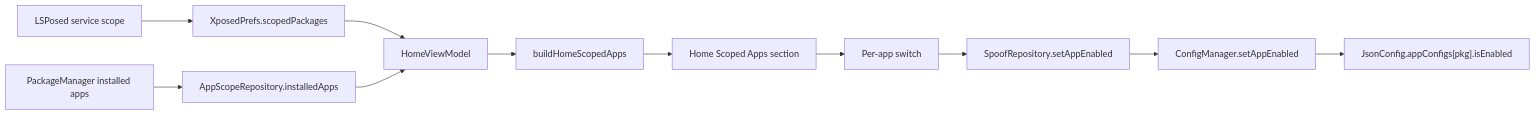
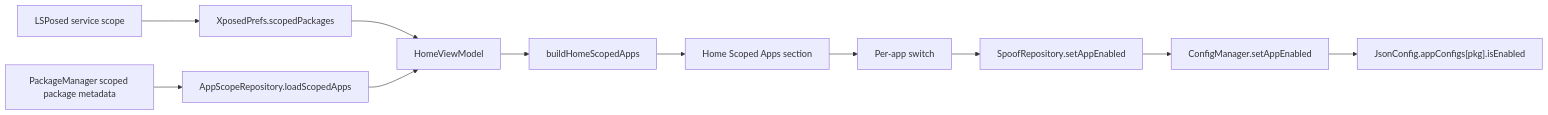
The fourth of 7 diagrams in docs/public/ARCHITECTURE.md (mohdakil2426/Device-Masker), drawn with Mermaid before and after one commit. The commit also changed other lines of this file and 16 other files, not shown here.

First line of the commit message:
docs: record performance cleanup architecture

````diff
--- a/docs/public/ARCHITECTURE.md
+++ b/docs/public/ARCHITECTURE.md
@@ -146,13 +146,13 @@
 ```mermaid
 flowchart LR
     LSPosed["LSPosed service scope"] --> XPrefs["XposedPrefs.scopedPackages"]
-    PackageManager["PackageManager installed apps"] --> ScopeRepo["AppScopeRepository.installedApps"]
+    PackageManager["PackageManager scoped package metadata"] --> ScopeRepo["AppScopeRepository.loadScopedApps"]
     XPrefs --> HomeVM["HomeViewModel"]
     ScopeRepo --> HomeVM
     HomeVM --> Builder["buildHomeScopedApps"]
     Builder --> HomeUI["Home Scoped Apps section"]
     HomeUI --> Toggle["Per-app switch"]
     Toggle --> Repo["SpoofRepository.setAppEnabled"]
     Repo --> Config["ConfigManager.setAppEnabled"]
     Config --> AppConfig["JsonConfig.appConfigs[pkg].isEnabled"]
 ```
````
